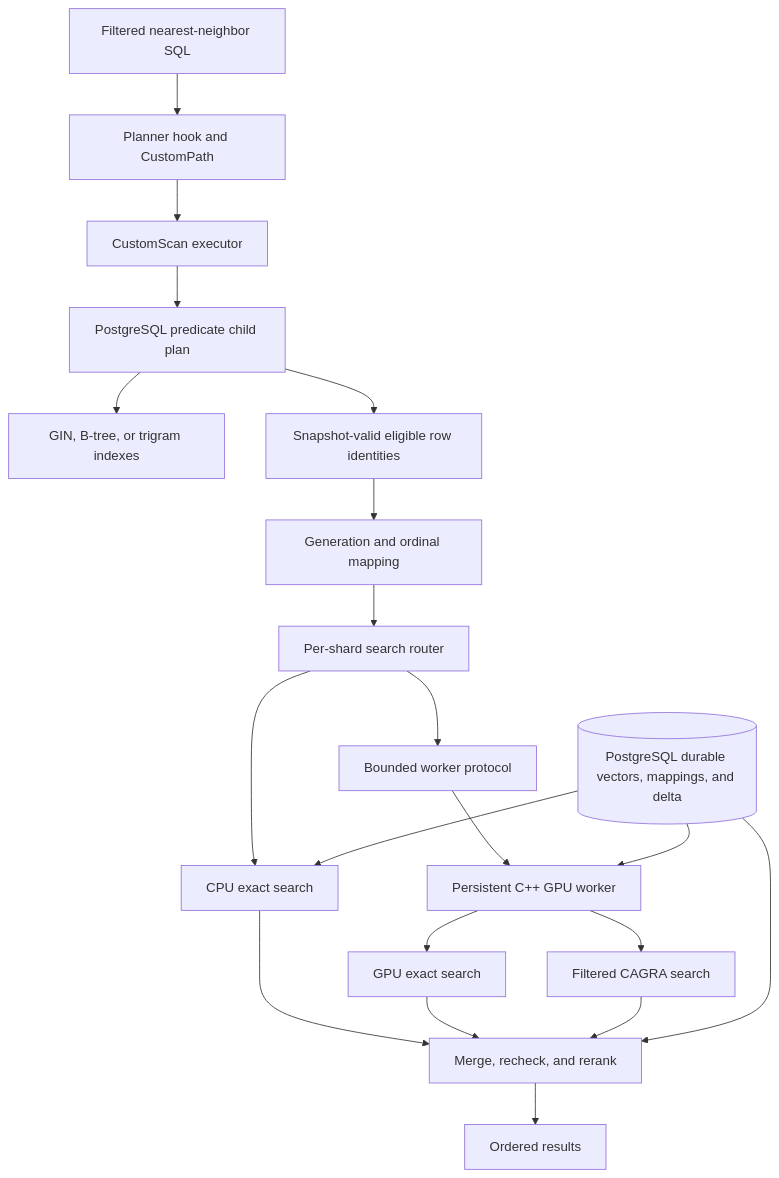
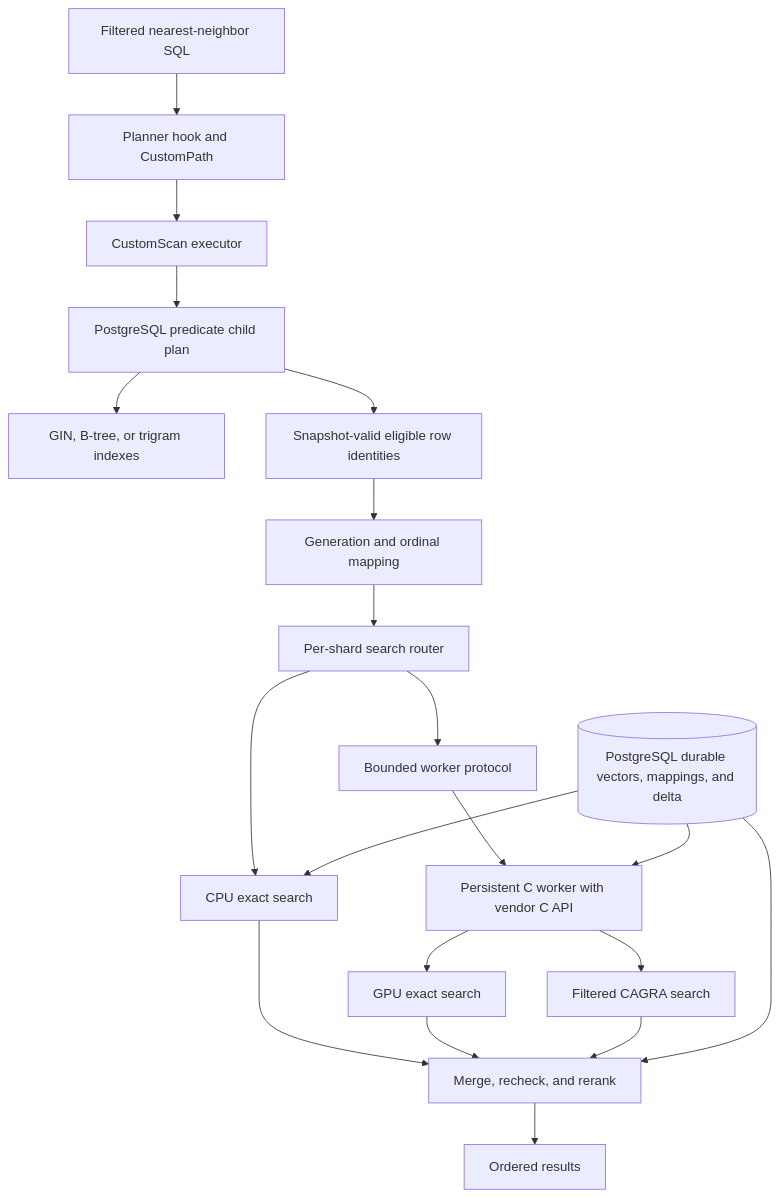
One commit to pgvector/pgvector changed the first of 7 diagrams in docs/cuvs-filtered-ann-plan.md. Above: the diagram before and after it, drawn with Mermaid. The commit also changed other lines of this file and 50 other files, not shown here.

````diff
--- a/docs/cuvs-filtered-ann-plan.md
+++ b/docs/cuvs-filtered-ann-plan.md
@@ -71,22 +71,22 @@
 ```mermaid
 flowchart TB
     SQL[Filtered nearest-neighbor SQL] --> Planner[Planner hook and CustomPath]
     Planner --> Exec[CustomScan executor]
     Exec --> Text[PostgreSQL predicate child plan]
     Text --> Indexes[GIN, B-tree, or trigram indexes]
     Text --> Eligible[Snapshot-valid eligible row identities]
     Eligible --> Mapping[Generation and ordinal mapping]
     Mapping --> Router[Per-shard search router]
     Router --> CPU[CPU exact search]
     Router --> IPC[Bounded worker protocol]
-    IPC --> Worker[Persistent C++ GPU worker]
+    IPC --> Worker[Persistent C worker with vendor C API]
     Worker --> Exact[GPU exact search]
     Worker --> CAGRA[Filtered CAGRA search]
     CPU --> Merge[Merge, recheck, and rerank]
     Exact --> Merge
     CAGRA --> Merge
     Merge --> Results[Ordered results]
     Storage[(PostgreSQL durable vectors, mappings, and delta)] --> CPU
     Storage --> Worker
     Storage --> Merge
 ```
````
